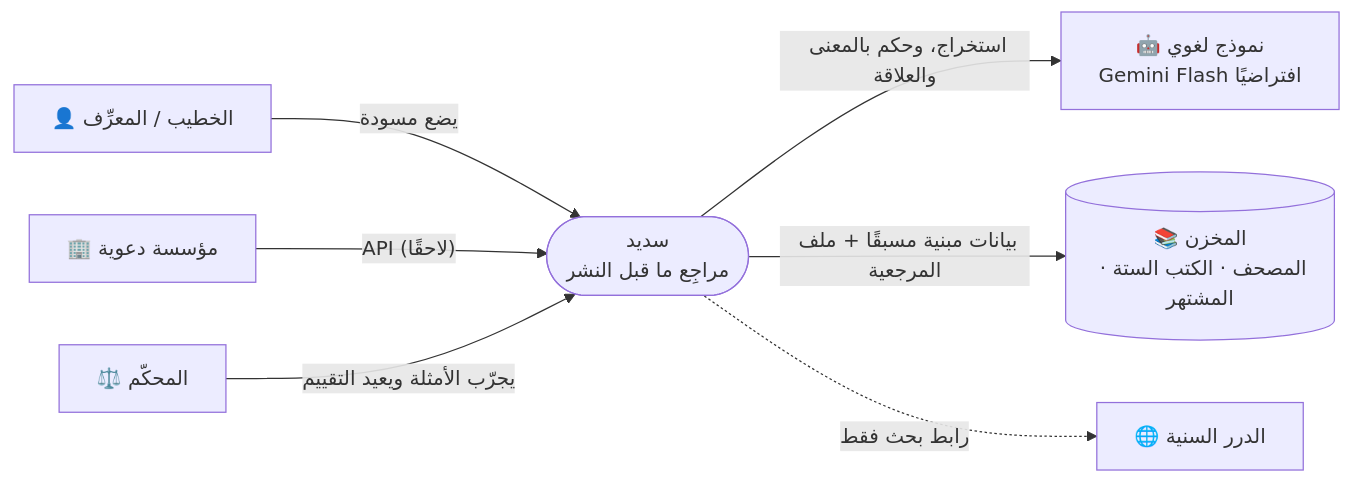
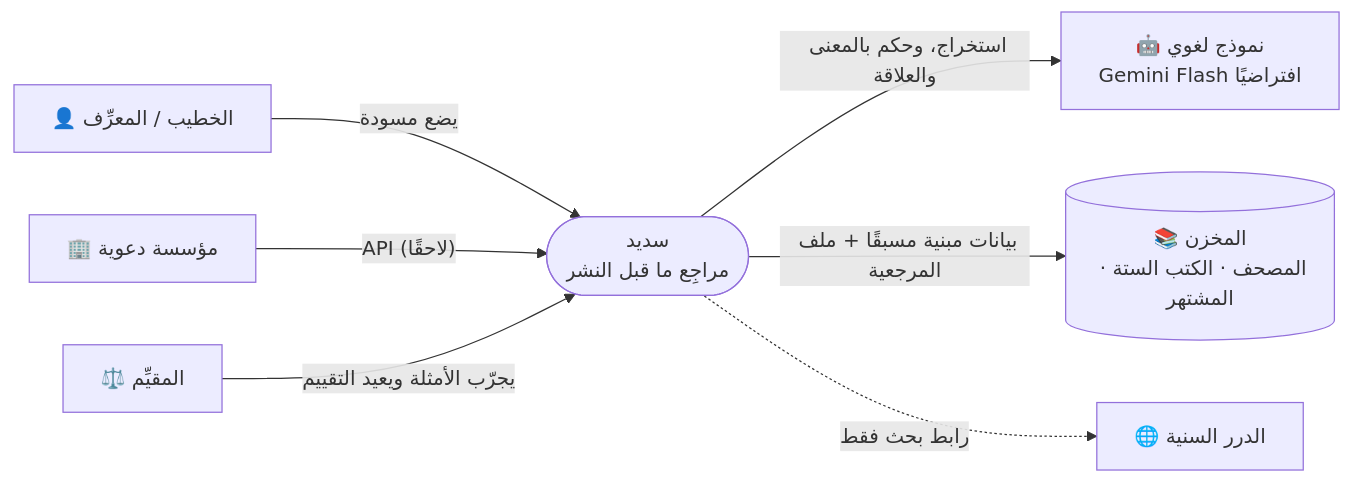
Before and after one commit to abdorum/Saadeed: the first of 10 diagrams in docs/planning/04-architecture.md, drawn with Mermaid. The commit also changed other lines of this file and 49 other files, not shown here.

````diff
--- a/docs/planning/04-architecture.md
+++ b/docs/planning/04-architecture.md
@@ -16,10 +16,10 @@
 ```mermaid
 flowchart LR
     U1["👤 الخطيب / المعرِّف"] -->|يضع مسودة| S
     U2["🏢 مؤسسة دعوية"] -->|"API (لاحقًا)"| S
-    U3["⚖️ المحكّم"] -->|يجرّب الأمثلة ويعيد التقييم| S
+    U3["⚖️ المقيِّم"] -->|يجرّب الأمثلة ويعيد التقييم| S
     S(["سديد<br/>مراجِع ما قبل النشر"])
     S -->|استخراج، وحكم بالمعنى والعلاقة| LLM["🤖 نموذج لغوي<br/>Gemini Flash افتراضيًا"]
     S -->|بيانات مبنية مسبقًا + ملف المرجعية| D[("📚 المخزن<br/>المصحف · الكتب الستة · المشتهر")]
     S -.->|رابط بحث فقط| DR["🌐 الدرر السنية"]
 ```
````
